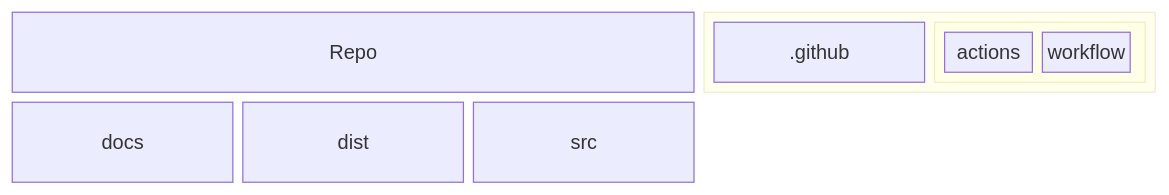
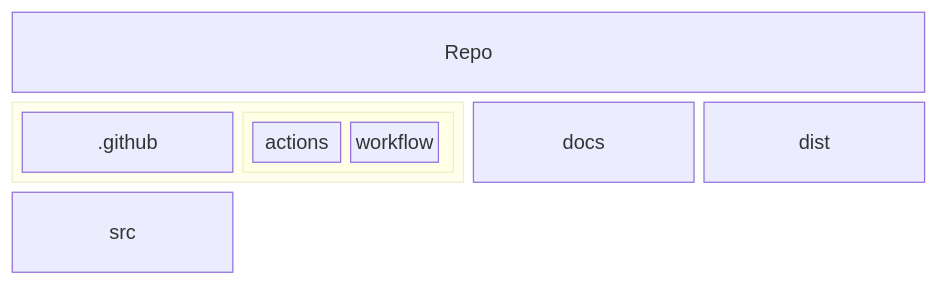
One commit to Zheng-Bote/repo-template changed the second of 3 diagrams in README.md. Above: the diagram before and after it, drawn with Mermaid.

Commit message:
fix: Mermaid extended

````diff
--- a/README.md
+++ b/README.md
@@ -201,14 +201,14 @@
 ```mermaid
 block-beta
   columns 4
-  Repo:3
+  Repo:4
   block:group1:2
     columns 2
     id1[".github"]
     block:group2:1
       columns 2
       actions workflow
     end
   end
   docs dist src
 ```
````
